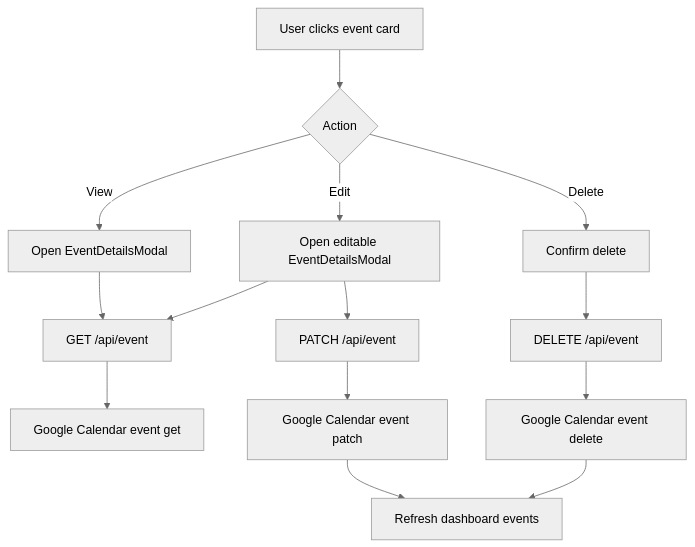
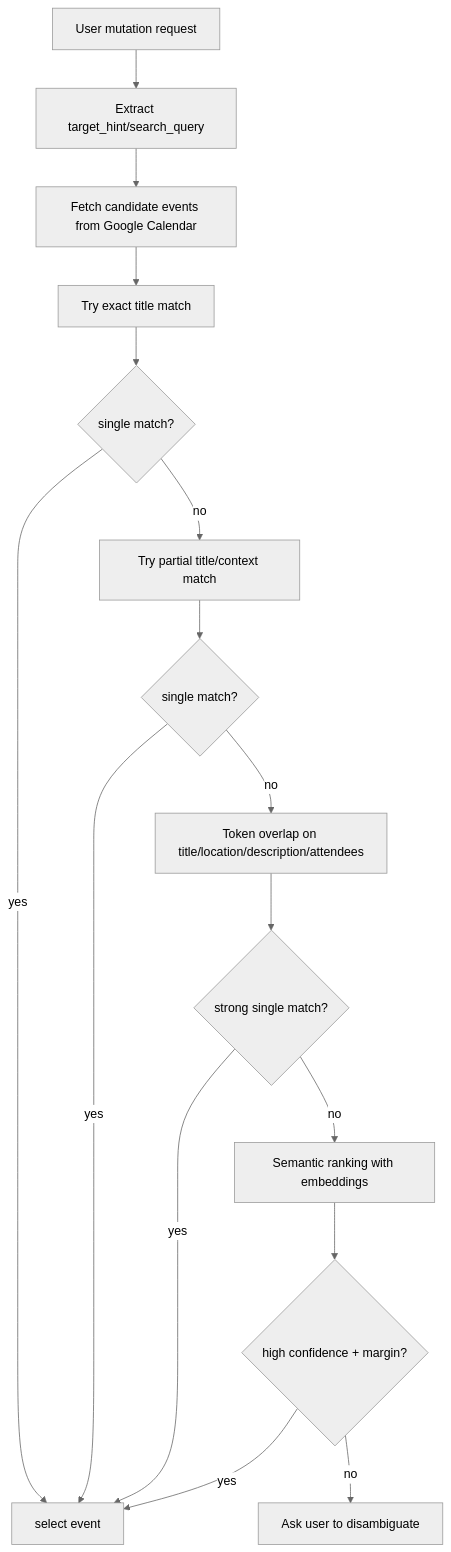
One commit to rishabrkb123-collab/google-calendar-rag-chatbot changed the fourth of 6 diagrams in PROJECT_DOCUMENTATION.md. Above: the diagram before and after it, drawn with Mermaid (neutral theme). The commit also changed other lines of this file and 16 other files, not shown here.

````diff
--- a/PROJECT_DOCUMENTATION.md
+++ b/PROJECT_DOCUMENTATION.md
@@ -186,16 +440,18 @@
 ```mermaid
 flowchart TD
-    A[User clicks event card] --> B{Action}
-    B -->|View| C[Open EventDetailsModal]
-    B -->|Edit| D[Open editable EventDetailsModal]
-    B -->|Delete| E[Confirm delete]
-    C --> F[GET /api/event]
-    D --> F
-    D --> G[PATCH /api/event]
-    E --> H[DELETE /api/event]
-    F --> I[Google Calendar event get]
-    G --> J[Google Calendar event patch]
-    H --> K[Google Calendar event delete]
-    J --> L[Refresh dashboard events]
-    K --> L
+    A[User mutation request] --> B[Extract target_hint/search_query]
+    B --> C[Fetch candidate events from Google Calendar]
+    C --> D[Try exact title match]
+    D --> E{single match?}
+    E -->|yes| Z[select event]
+    E -->|no| F[Try partial title/context match]
+    F --> G{single match?}
+    G -->|yes| Z
+    G -->|no| H[Token overlap on title/location/description/attendees]
+    H --> I{strong single match?}
+    I -->|yes| Z
+    I -->|no| J[Semantic ranking with embeddings]
+    J --> K{high confidence + margin?}
+    K -->|yes| Z
+    K -->|no| L[Ask user to disambiguate]
 ```
````
